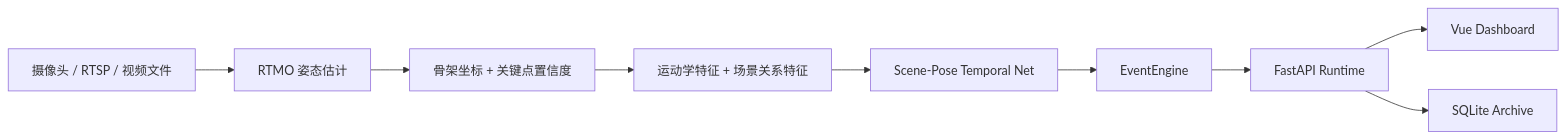
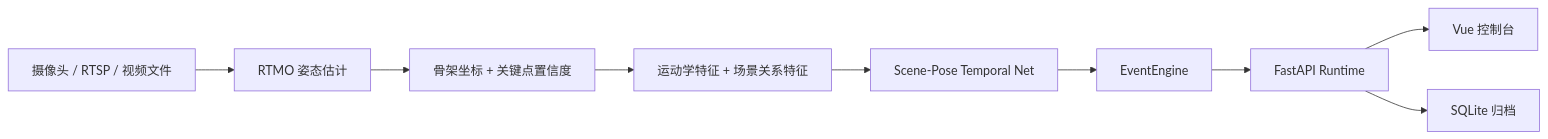
One commit to Jpl-hub/huling-guard changed the diagram in README.md. Above: the diagram before and after it, drawn with Mermaid. The commit also changed other lines of this file and 2 other files, not shown here.

````diff
--- a/README.md
+++ b/README.md
@@ -31,11 +45,11 @@
 ```mermaid
 flowchart LR
     A[摄像头 / RTSP / 视频文件] --> B[RTMO 姿态估计]
     B --> C[骨架坐标 + 关键点置信度]
     C --> D[运动学特征 + 场景关系特征]
     D --> E[Scene-Pose Temporal Net]
     E --> F[EventEngine]
     F --> G[FastAPI Runtime]
-    G --> H[Vue Dashboard]
-    G --> I[SQLite Archive]
+    G --> H[Vue 控制台]
+    G --> I[SQLite 归档]
 ```
````
